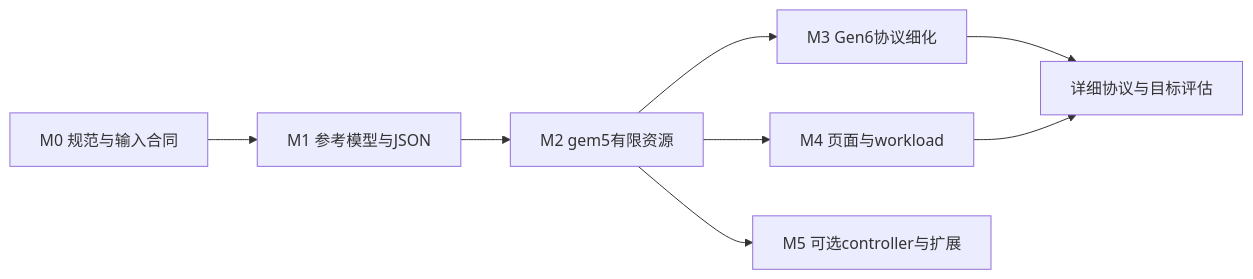
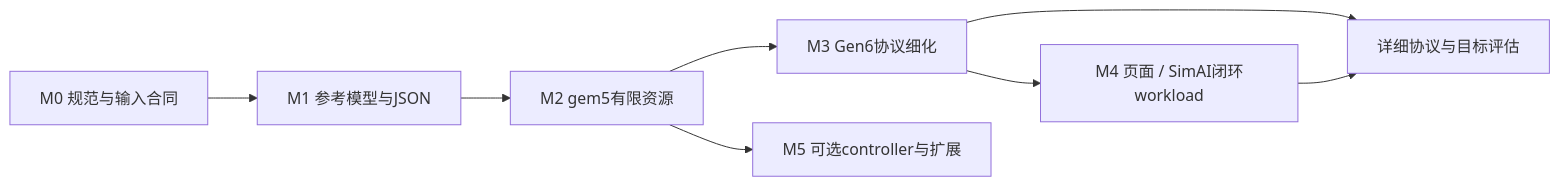
One commit to caryzoumvp/gem5-pcie changed the diagram in docs/pcie_switch/PCIe6_Implementation_Plan.md. Above: the diagram before and after it, drawn with Mermaid. The commit also changed other lines of this file and 18 other files, not shown here.

````diff
--- a/docs/pcie_switch/PCIe6_Implementation_Plan.md
+++ b/docs/pcie_switch/PCIe6_Implementation_Plan.md
@@ -14,10 +21,10 @@
 ```mermaid
 flowchart LR
   M0[M0 规范与输入合同] --> M1[M1 参考模型与JSON]
   M1 --> M2[M2 gem5有限资源]
   M2 --> M3[M3 Gen6协议细化]
-  M2 --> M4[M4 页面与workload]
+  M3 --> M4[M4 页面 / SimAI闭环workload]
   M3 --> G[详细协议与目标评估]
   M4 --> G
   M2 --> M5[M5 可选controller与扩展]
 ```
````
